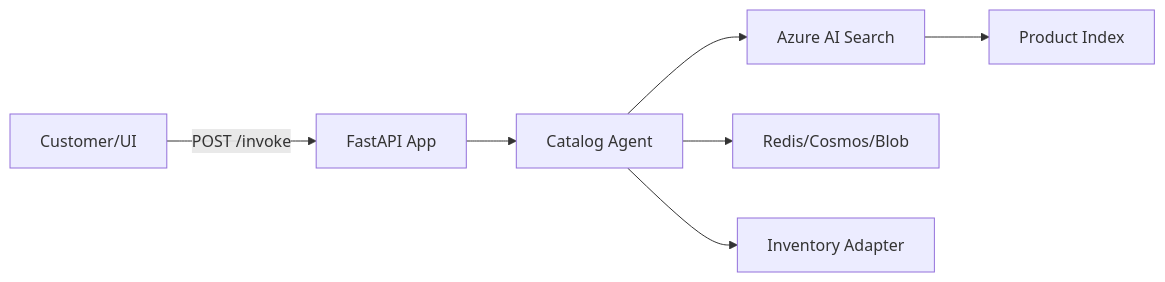
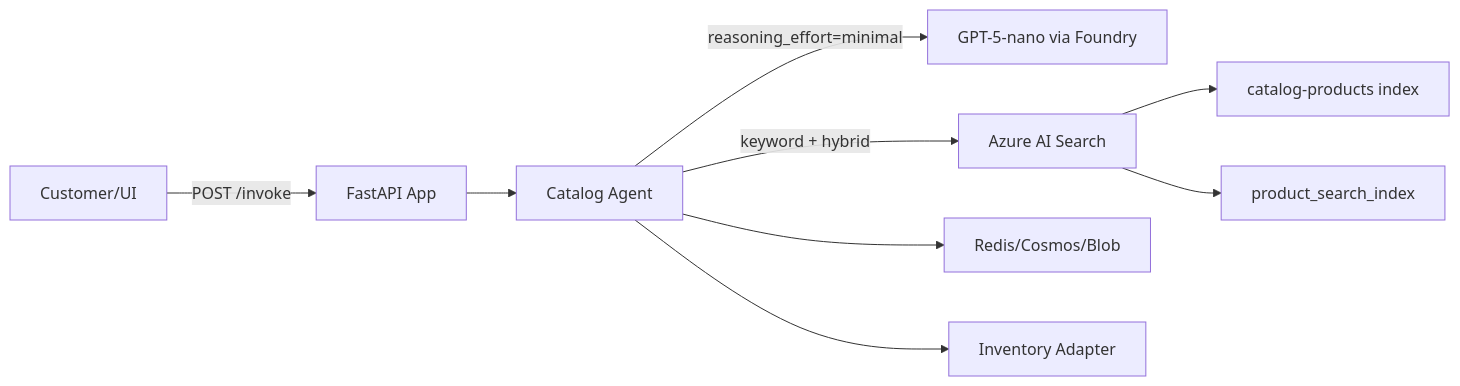
The diagram in docs/architecture/components/apps/ecommerce-catalog-search.md (Azure-Samples/holiday-peak-hub), drawn with Mermaid before and after one commit. The commit also changed other lines of this file and 7 other files, not shown here.

First line of the commit message:
chore: consolidate catalog-search strict-4s pipeline (#859) (#860)

````diff
--- a/docs/architecture/components/apps/ecommerce-catalog-search.md
+++ b/docs/architecture/components/apps/ecommerce-catalog-search.md
@@ -13,9 +13,11 @@
 ```mermaid
 graph LR
     Client[Customer/UI] -->|POST /invoke| API[FastAPI App]
     API --> Agent[Catalog Agent]
-    Agent --> Search[Azure AI Search]
+    Agent -->|reasoning_effort=minimal| SLM[GPT-5-nano via Foundry]
+    Agent -->|keyword + hybrid| Search[Azure AI Search]
     Agent --> Memory[Redis/Cosmos/Blob]
     Agent --> Inventory[Inventory Adapter]
-    Search --> Index[Product Index]
+    Search --> KWIndex[catalog-products index]
+    Search --> VecIndex[product_search_index]
 ```
````
